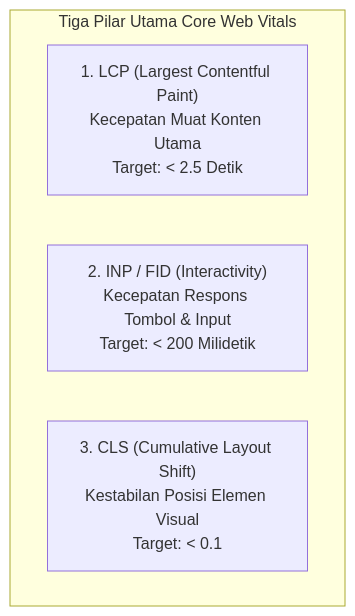
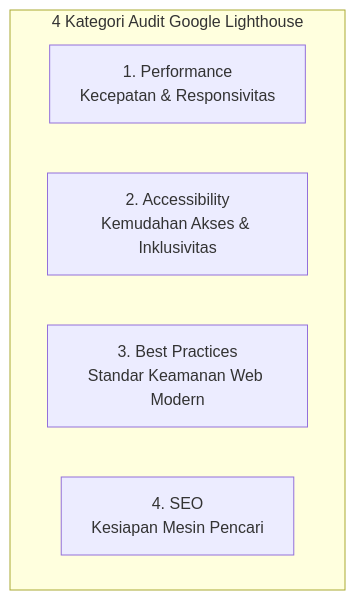
Before and after one commit to withered-flowers/materials-ise-2026: the first of 2 diagrams in deployment-material/materials/src/content/docs/modul-4/benchmark-lighthouse.mdx, drawn with Mermaid. The commit also changed other lines of this file and 11 other files, not shown here.

Commit message:
feat: add traditional vs modern deployment, netlify dashboard flow, and lighthouse audit scores

````diff
--- a/deployment-material/materials/src/content/docs/modul-4/benchmark-lighthouse.mdx
+++ b/deployment-material/materials/src/content/docs/modul-4/benchmark-lighthouse.mdx
@@ -42,8 +32,9 @@
 ```mermaid
 graph TD
-    subgraph CoreWebVitals [Tiga Pilar Utama Core Web Vitals]
-        A["1. LCP (Largest Contentful Paint)<br>Kecepatan Muat Konten Utama<br>Target: < 2.5 Detik"]
-        B["2. INP / FID (Interactivity)<br>Kecepatan Respons Tombol & Input<br>Target: < 200 Milidetik"]
-        C["3. CLS (Cumulative Layout Shift)<br>Kestabilan Posisi Elemen Visual<br>Target: < 0.1"]
+    subgraph LighthouseScores [4 Kategori Audit Google Lighthouse]
+        P["1. Performance<br>Kecepatan & Responsivitas"]
+        A["2. Accessibility<br>Kemudahan Akses & Inklusivitas"]
+        B["3. Best Practices<br>Standar Keamanan Web Modern"]
+        S["4. SEO<br>Kesiapan Mesin Pencari"]
     end
 ```
````
